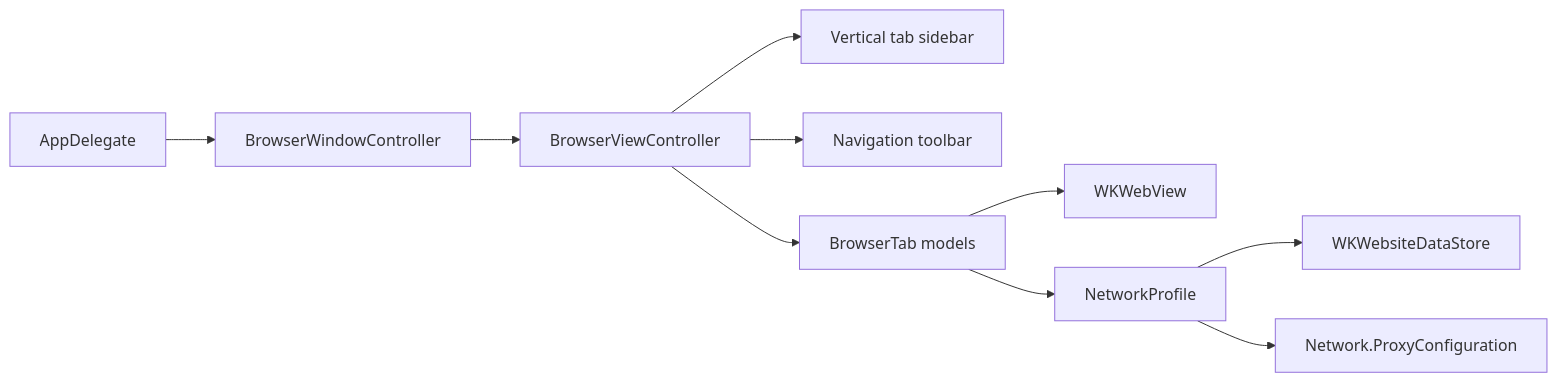
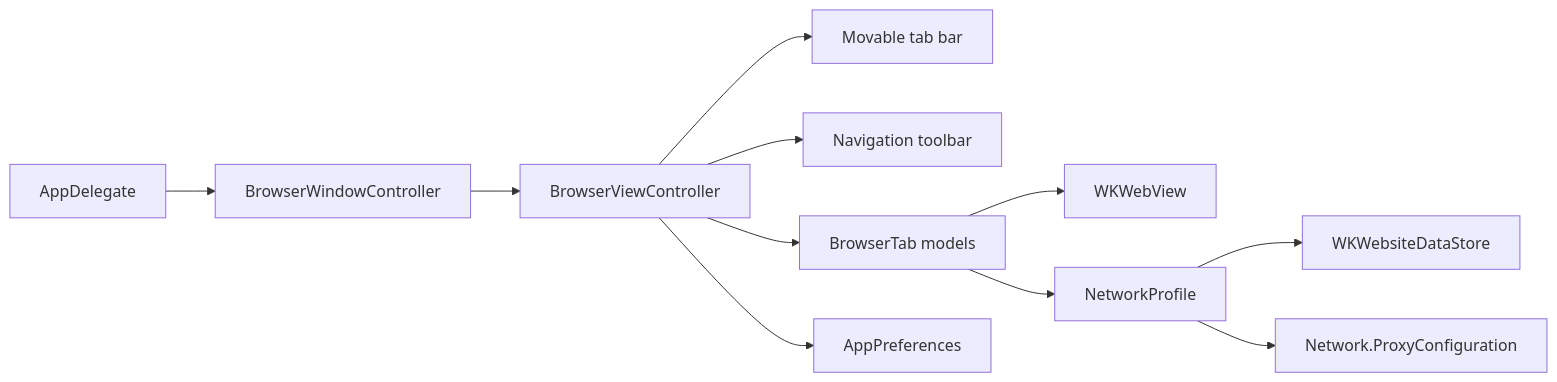
One commit to Zulut30/NorthStar changed the diagram in README.md. Above: the diagram before and after it, drawn with Mermaid. The commit also changed other lines of this file and 1 other file, not shown here.

````diff
--- a/README.md
+++ b/README.md
@@ -114,12 +130,13 @@
 ```mermaid
 flowchart LR
     AppDelegate["AppDelegate"] --> Window["BrowserWindowController"]
     Window --> Controller["BrowserViewController"]
-    Controller --> Sidebar["Vertical tab sidebar"]
+    Controller --> TabBar["Movable tab bar"]
     Controller --> Toolbar["Navigation toolbar"]
     Controller --> Tabs["BrowserTab models"]
+    Controller --> Preferences["AppPreferences"]
     Tabs --> WebView["WKWebView"]
     Tabs --> NetworkProfile["NetworkProfile"]
     NetworkProfile --> DataStore["WKWebsiteDataStore"]
     NetworkProfile --> Proxy["Network.ProxyConfiguration"]
 ```
````
